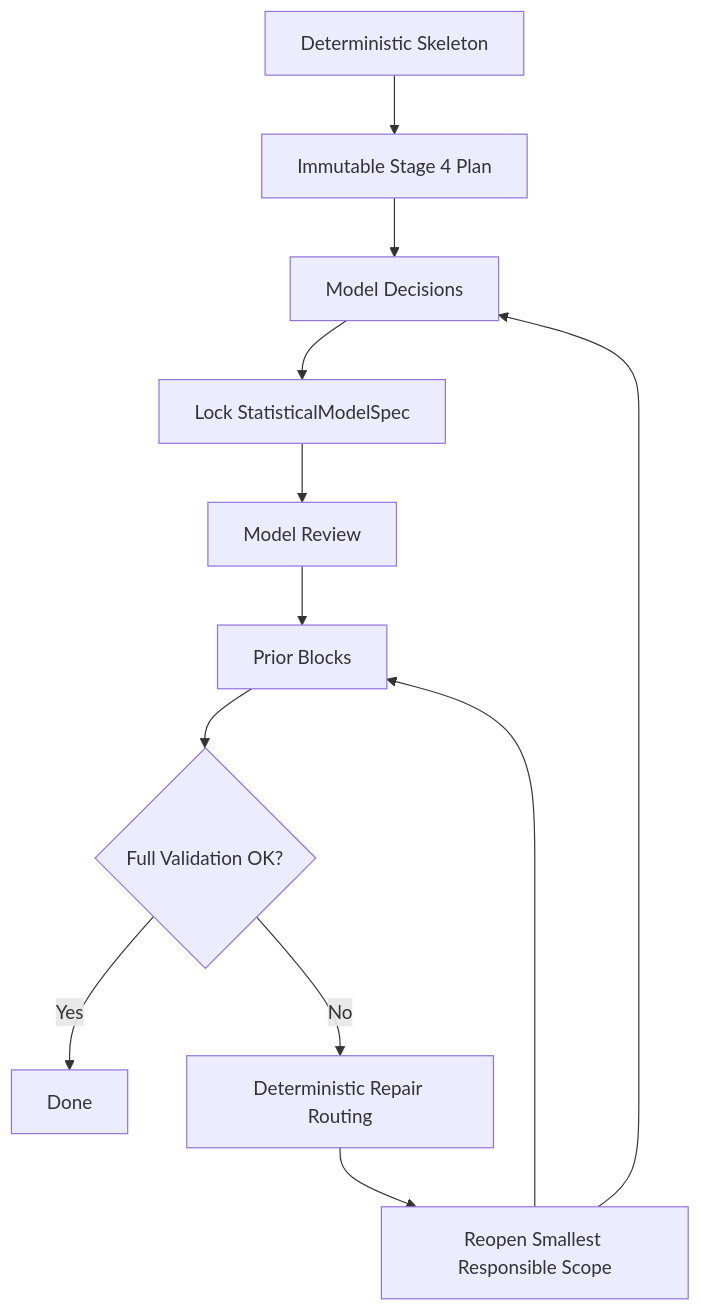
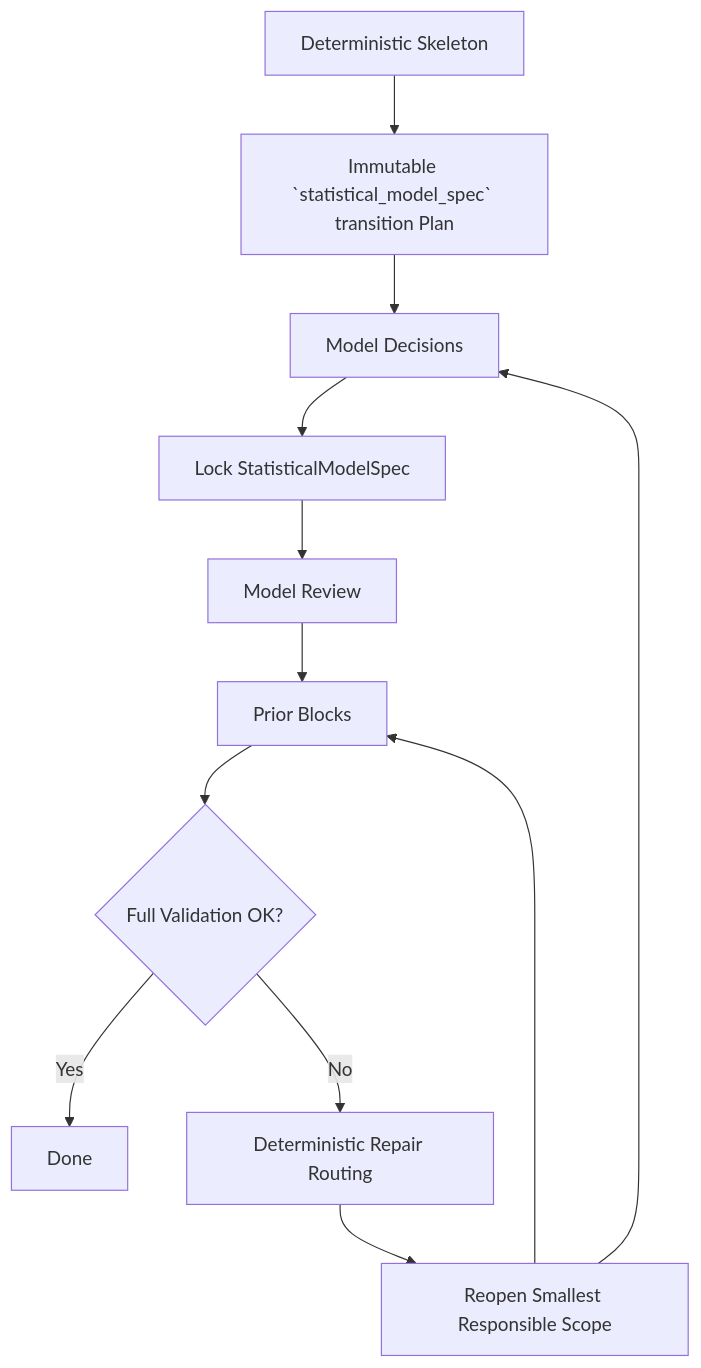
One commit to ma9o/causal-ssm-agent changed the diagram in docs/reference/statistical-model-spec/state-machine.md. Above: the diagram before and after it, drawn with Mermaid. The commit also changed other lines of this file and 561 other files, not shown here.

````diff
--- a/docs/reference/statistical-model-spec/state-machine.md
+++ b/docs/reference/statistical-model-spec/state-machine.md
@@ -63,14 +63,14 @@
 ```mermaid
 flowchart TD
-    A[Deterministic Skeleton] --> B[Immutable Stage 4 Plan]
+    A[Deterministic Skeleton] --> B[Immutable `statistical_model_spec` transition Plan]
     B --> C[Model Decisions]
     C --> D[Lock StatisticalModelSpec]
     D --> E[Model Review]
     E --> F[Prior Blocks]
     F --> G{Full Validation OK?}
     G -- Yes --> H[Done]
     G -- No --> I[Deterministic Repair Routing]
     I --> J[Reopen Smallest Responsible Scope]
     J --> C
     J --> F
 ```
````
